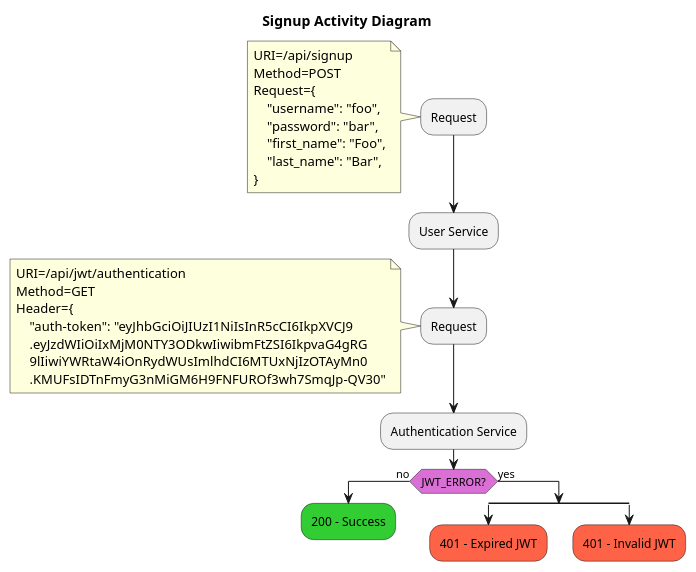
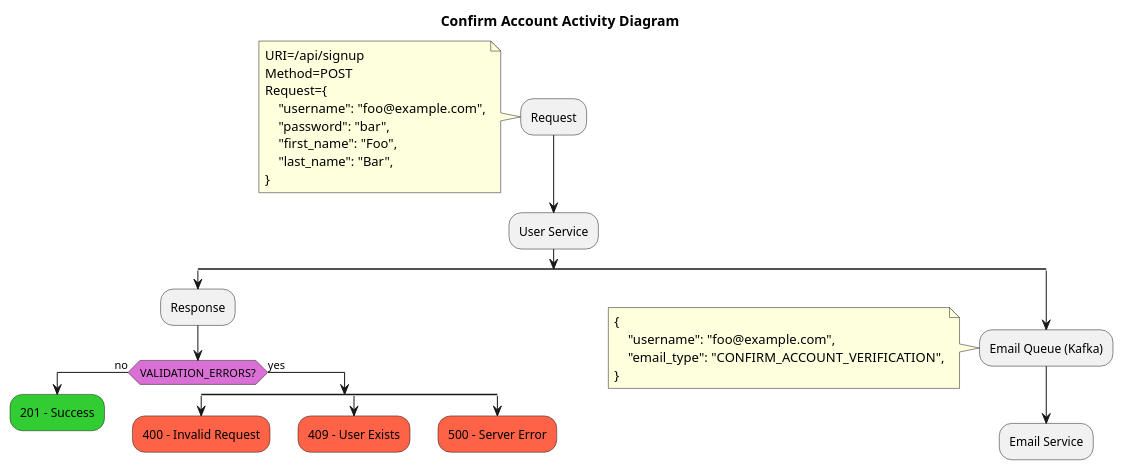
The diagram in docs/diagrams/routes/Signup_Activity_Diagram.puml (darrylmorton/ct-iot-user-service-k8s), drawn with PlantUML before and after one commit. The commit also changed 17 other files, not shown here.

Commit message:
chore: auth service integration, diagram updates, cleanup

```diff
--- a/docs/diagrams/routes/Signup_Activity_Diagram.puml
+++ b/docs/diagrams/routes/Signup_Activity_Diagram.puml
@@ -1,47 +1,52 @@
 @startuml
 'https://plantuml.com/activity-diagram-beta
 
-title Signup Activity Diagram
+title Confirm Account Activity Diagram
 
 :Request;
 note
 URI=/api/signup
 Method=POST
 Request={
-    "username": "foo",
+    "username": "foo@example.com",
     "password": "bar",
     "first_name": "Foo",
     "last_name": "Bar",
 }
 end note
 
 :User Service;
+split
 
-:Request;
-note
-URI=/api/jwt/authentication
-Method=GET
-Header={
-    "auth-token": "eyJhbGciOiJIUzI1NiIsInR5cCI6IkpXVCJ9
-    .eyJzdWIiOiIxMjM0NTY3ODkwIiwibmFtZSI6IkpvaG4gRG
-    9lIiwiYWRtaW4iOnRydWUsImlhdCI6MTUxNjIzOTAyMn0
-    .KMUFsIDTnFmyG3nMiGM6H9FNFUROf3wh7SmqJp-QV30"
-end note
-
-:Authentication Service;
-
+:Response;
 skinparam ActivityDiamondBackgroundColor orchid
-if (JWT_ERROR?) then (no)
-    #limegreen:200 - Success;
+if (VALIDATION_ERRORS?) then (no)
+    #limegreen:201 - Success;
     kill;
 else (yes)
     split
-        #tomato:401 - Expired JWT;
+        #tomato:400 - Invalid Request;
         kill;
     split again
-        #tomato:401 - Invalid JWT;
+        #tomato:409 - User Exists;
+        kill;
+    split again
+        #tomato:500 - Server Error;
         kill;
     end split
 endif
 
+split again
+:Email Queue (Kafka);
+note
+{
+    "username": "foo@example.com",
+    "email_type": "CONFIRM_ACCOUNT_VERIFICATION",
+}
+end note
+
+:Email Service;
+kill;
+end split
+
 @enduml
```
